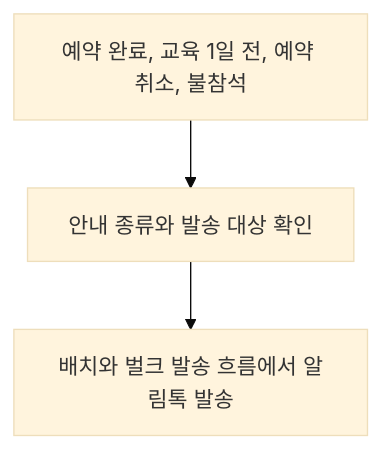
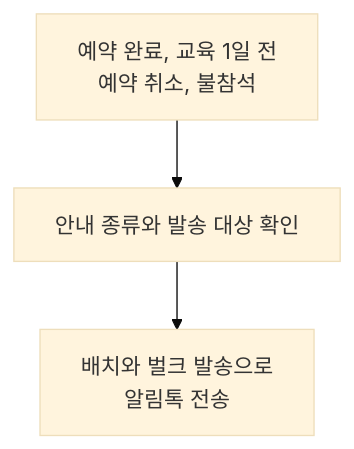
The diagram in projects/public-education/reservation-messages.md (KimHG1995/work-history), drawn with Mermaid (base theme) before and after one commit. The commit also changed 18 other files, not shown here.

Commit message:
docs: 공개 Mermaid 다이어그램 가독성 전수 개선

````diff
--- a/projects/public-education/reservation-messages.md
+++ b/projects/public-education/reservation-messages.md
@@ -39,5 +39,5 @@
 ```mermaid
 flowchart TD
-    event["예약 완료, 교육 1일 전, 예약 취소, 불참석"] --> target["안내 종류와 발송 대상 확인"]
-    target --> send["배치와 벌크 발송 흐름에서 알림톡 발송"]
+    event["예약 완료, 교육 1일 전<br/>예약 취소, 불참석"] --> target["안내 종류와 발송 대상 확인"]
+    target --> send["배치와 벌크 발송으로<br/>알림톡 전송"]
 ```
````
